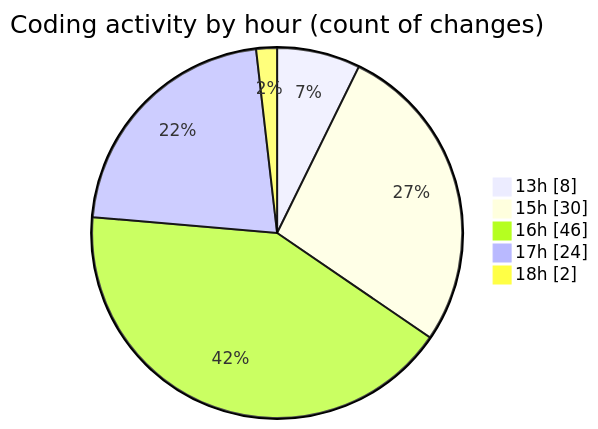
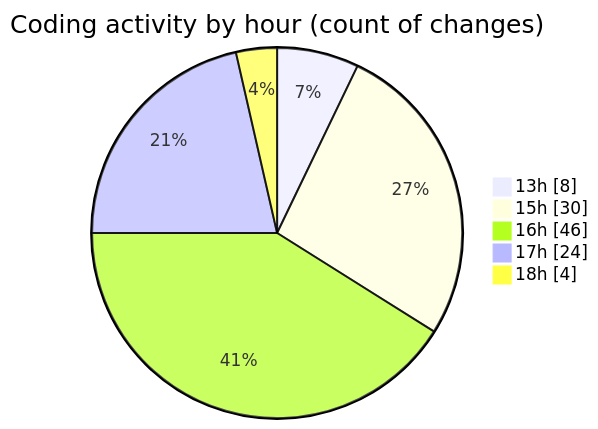
The second of 2 diagrams in 2025-04-08/nxtqube_webapp/README.md (nxtqubesakshisongat/code-tracking), drawn with Mermaid before and after one commit. The commit also changed other lines of this file and 1 other file, not shown here.

````diff
--- a/2025-04-08/nxtqube_webapp/README.md
+++ b/2025-04-08/nxtqube_webapp/README.md
@@ -32,9 +33,9 @@
 ```mermaid
 pie showData
 title Coding activity by hour (count of changes)
 "13h" : 8
 "15h" : 30
 "16h" : 46
 "17h" : 24
-"18h" : 2
+"18h" : 4
 ```
````
